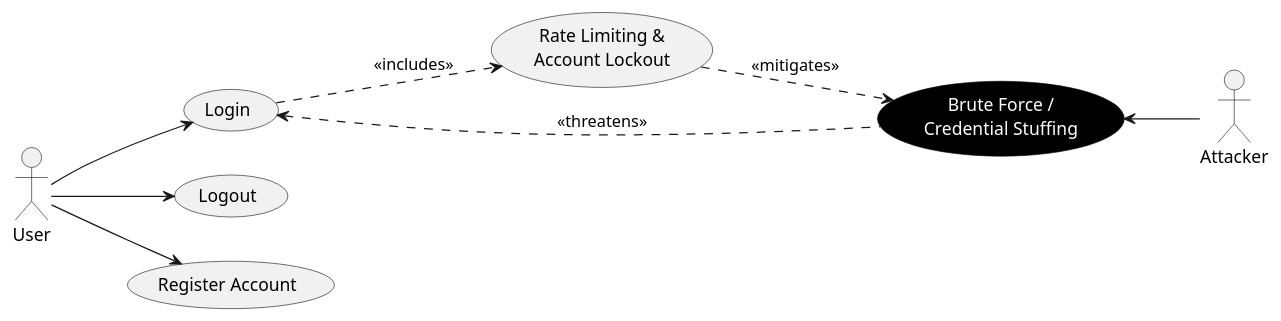
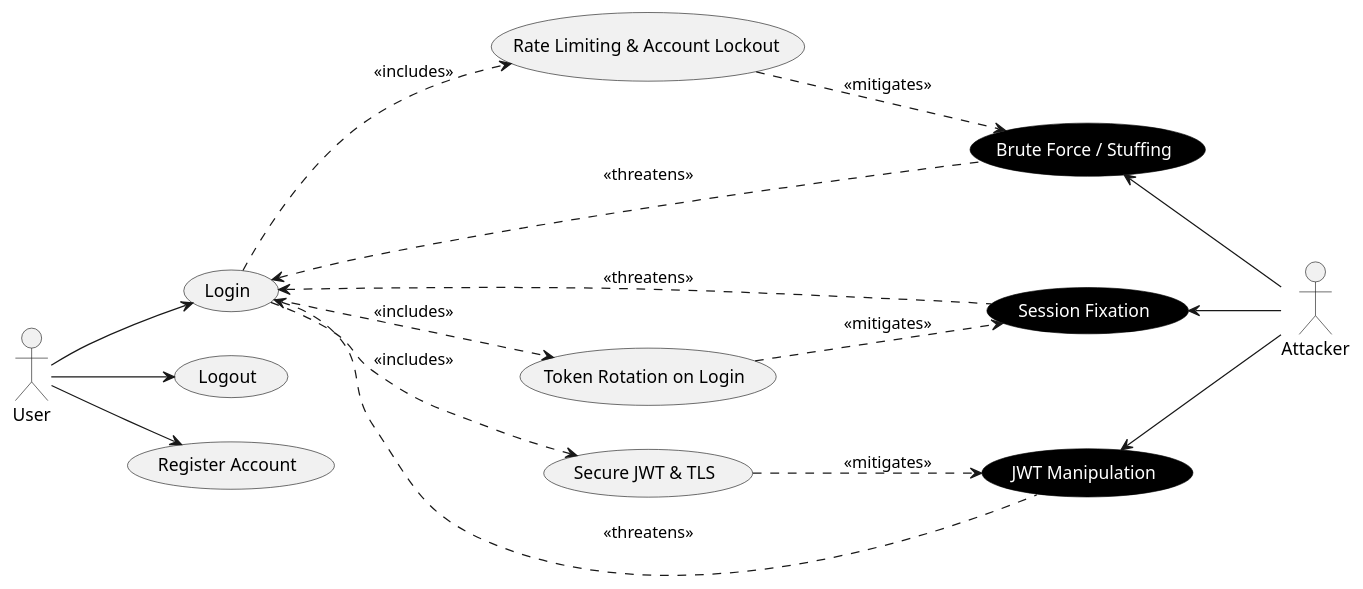
One commit to mei-desofs/desofs2026_thu_ffs_2 changed the diagram in Phase1/images/abuse-cases/authentication-abuse/authentication-abuse-case.puml. Above: the diagram before and after it, drawn with PlantUML. The commit also changed 13 other files, not shown here.

Commit message:
G - #6 - Update abuse case diagrams

```diff
--- a/Phase1/images/abuse-cases/authentication-abuse/authentication-abuse-case.puml
+++ b/Phase1/images/abuse-cases/authentication-abuse/authentication-abuse-case.puml
@@ -1,35 +1,44 @@
 @startuml
 left to right direction
 hide stereotype
-skinparam defaultTextAlignment center
-
 skinparam usecase {
     BackgroundColor<<Abuse>> Black
     FontColor<<Abuse>> White
     BorderColor<<Abuse>> Black
 }
 
 actor "User" as User
 actor "Attacker" as Attacker
 
 usecase "Login" as UC_Login
 usecase "Logout" as UC_Logout
 usecase "Register Account" as UC_Register
 
-usecase "Rate Limiting &\nAccount Lockout" as UC_RateLimit
+usecase "Rate Limiting & Account Lockout" as UC_Mitigate1
+usecase "Token Rotation on Login" as UC_Mitigate2
+usecase "Secure JWT & TLS" as UC_Mitigate3
 
-usecase "Brute Force /\nCredential Stuffing" as AC_BruteForce <<Abuse>>
+usecase "Brute Force / Stuffing" as AC_BruteForce <<Abuse>>
+usecase "Session Fixation" as AC_Fixation <<Abuse>>
+usecase "JWT Manipulation" as AC_JWT <<Abuse>>
 
 User --> UC_Login
 User --> UC_Logout
 User --> UC_Register
 
-UC_Login ..> UC_RateLimit : <<includes>>
+UC_Login ..> UC_Mitigate1 : <<includes>>
+UC_Login ..> UC_Mitigate2 : <<includes>>
+UC_Login ..> UC_Mitigate3 : <<includes>>
 
-UC_RateLimit ..> AC_BruteForce : <<mitigates>>
+UC_Mitigate1 ..> AC_BruteForce : <<mitigates>>
+UC_Mitigate2 ..> AC_Fixation : <<mitigates>>
+UC_Mitigate3 ..> AC_JWT : <<mitigates>>
 
 UC_Login <.. AC_BruteForce : <<threatens>>
+UC_Login <.. AC_Fixation : <<threatens>>
+UC_Login <.. AC_JWT : <<threatens>>
 
 AC_BruteForce <-- Attacker
-
+AC_Fixation <-- Attacker
+AC_JWT <-- Attacker
 @enduml
```
